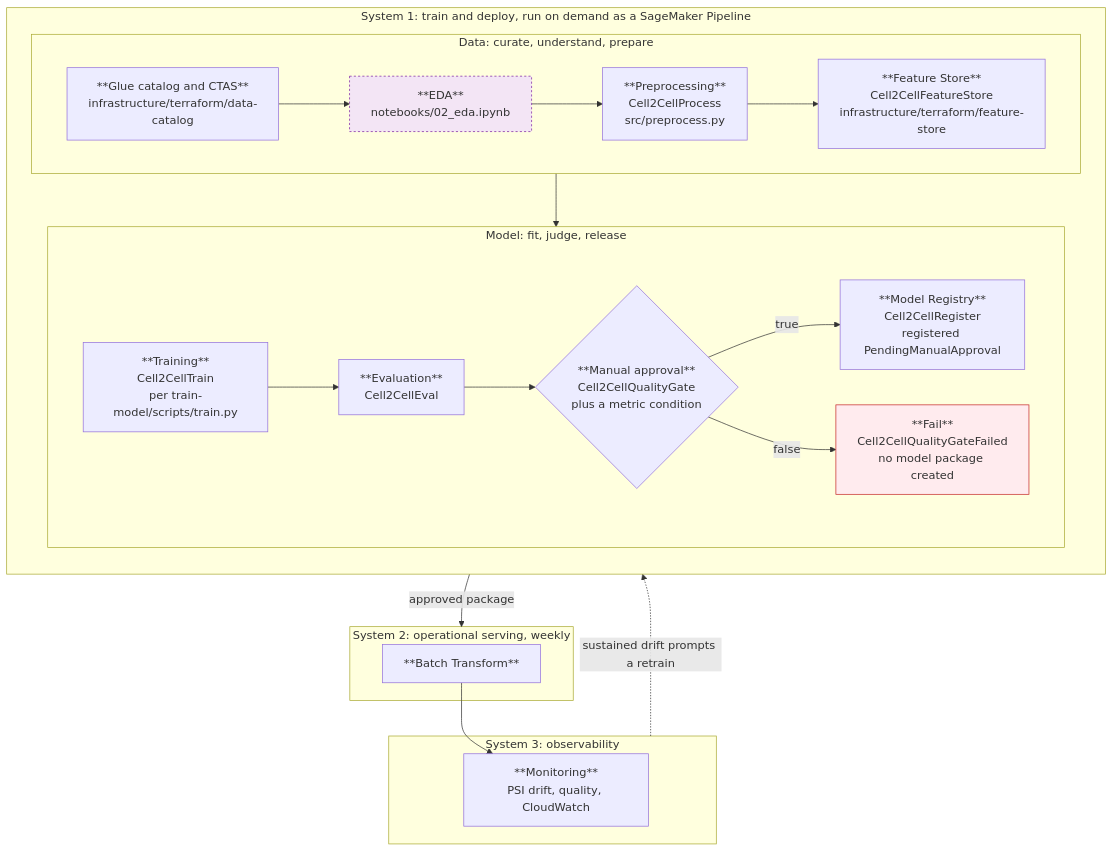
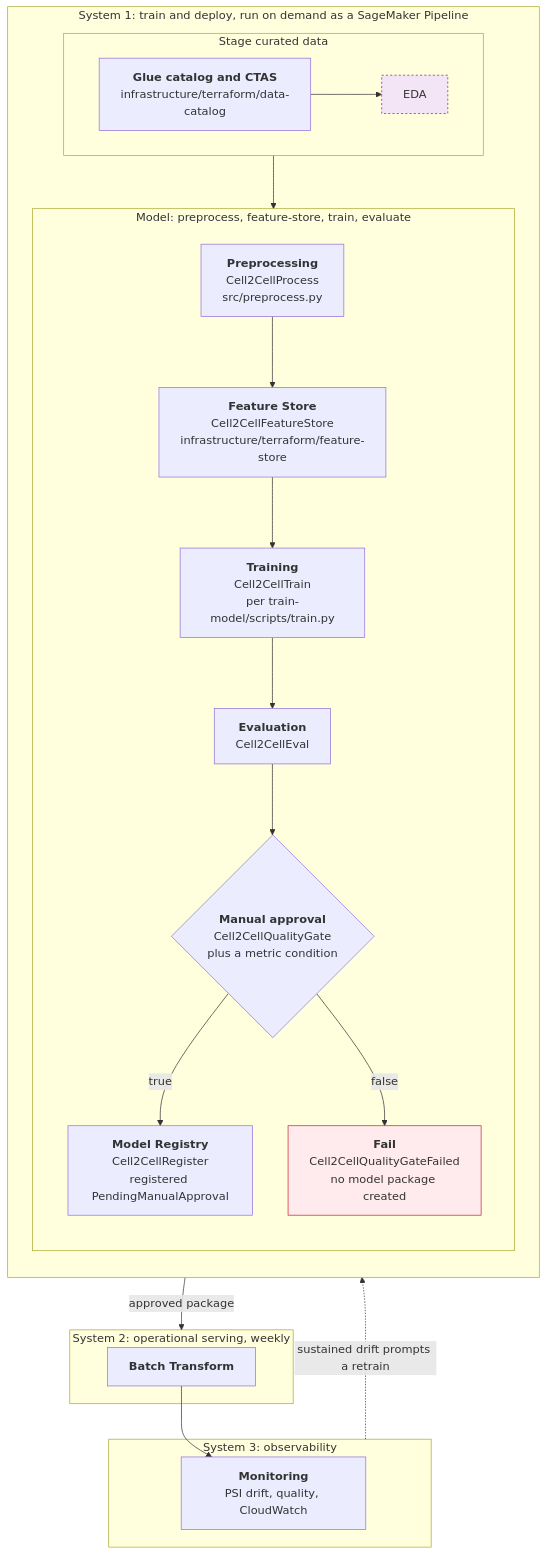
Before and after one commit to MaximeBoulat/customer-churn-pipeline: the diagram in Documentation/Pipeline/Resources/System1Flow.md, drawn with Mermaid. The commit also changed 7 other files, not shown here.

````diff
--- a/Documentation/Pipeline/Resources/System1Flow.md
+++ b/Documentation/Pipeline/Resources/System1Flow.md
@@ -1,46 +1,46 @@
 ```mermaid
 flowchart TB
     subgraph BUILD["System 1: train and deploy, run on demand as a SageMaker Pipeline"]
         direction TB
-        subgraph DATA["Data: curate, understand, prepare"]
+        subgraph STAGING["Stage curated data"]
             direction LR
-            Cat["**Glue catalog and CTAS**<br/>infrastructure/terraform/data-catalog"]
-            EDA["**EDA**<br/>notebooks/02_eda.ipynb"]
-            Proc["**Preprocessing**<br/>Cell2CellProcess<br/>src/preprocess.py"]
-            FS["**Feature Store**<br/>Cell2CellFeatureStore<br/>infrastructure/terraform/feature-store"]
-
-            Cat --> EDA --> Proc --> FS
+            Cat["<strong>Glue catalog and CTAS</strong><br/>infrastructure/terraform/data-catalog"]
+            Cat --> EDA
         end
 
-        subgraph MODEL["Model: fit, judge, release"]
-            direction LR
-            Train["**Training**<br/>Cell2CellTrain<br/>per train-model/scripts/train.py"]
-            Eval["**Evaluation**<br/>Cell2CellEval"]
-            RegV["**Model Registry**<br/>Cell2CellRegister<br/>registered PendingManualApproval"]
-            Gate{"**Manual approval**<br/>Cell2CellQualityGate<br/>plus a metric condition"}
+        subgraph PIPELINE["Model: preprocess, feature-store, train, evaluate"]
+            direction TB 
+            Proc["<strong>Preprocessing</strong><br/>Cell2CellProcess<br/>src/preprocess.py"]
+            FS["<strong>Feature Store</strong><br/>Cell2CellFeatureStore<br/>infrastructure/terraform/feature-store"]   
+            Train["<strong>Training</strong><br/>Cell2CellTrain<br/>per train-model/scripts/train.py"]
+            Eval["<strong>Evaluation</strong><br/>Cell2CellEval"]
+            RegV["<strong>Model Registry</strong><br/>Cell2CellRegister<br/>registered PendingManualApproval"]
+            Gate{"<strong>Manual approval</strong><br/>Cell2CellQualityGate<br/>plus a metric condition"}
 
+            Proc --> FS
+            FS --> Train
             Train --> Eval --> Gate
             Gate -->|true| RegV
-            Gate -->|false| Failed["**Fail**<br/>Cell2CellQualityGateFailed<br/>no model package created"]
+            Gate -->|false| Failed["<strong>Fail</strong><br/>Cell2CellQualityGateFailed<br/>no model package created"]
         end
     end
 
     subgraph SERVE["System 2: operational serving, weekly"]
-        BatchT["**Batch Transform**"]
+        BatchT["<strong>Batch Transform</strong>"]
     end
 
     subgraph OBS["System 3: observability"]
-        MonSys["**Monitoring**<br/>PSI drift, quality, CloudWatch"]
+        MonSys["<strong>Monitoring</strong><br/>PSI drift, quality, CloudWatch"]
     end
 
-    DATA --> MODEL
-    MODEL -->|approved package| SERVE
+    STAGING --> PIPELINE
+    PIPELINE -->|approved package| SERVE
     BatchT --> MonSys
 
-    OBS -.->|sustained drift prompts a retrain| MODEL
+    OBS -.->|sustained drift prompts a retrain| PIPELINE
 
     classDef human fill:#f3e5f5,stroke:#7b1fa2,stroke-dasharray: 3 3
     class EDA human
     classDef failed fill:#ffebee,stroke:#c62828
     class Failed failed
 ```
````
